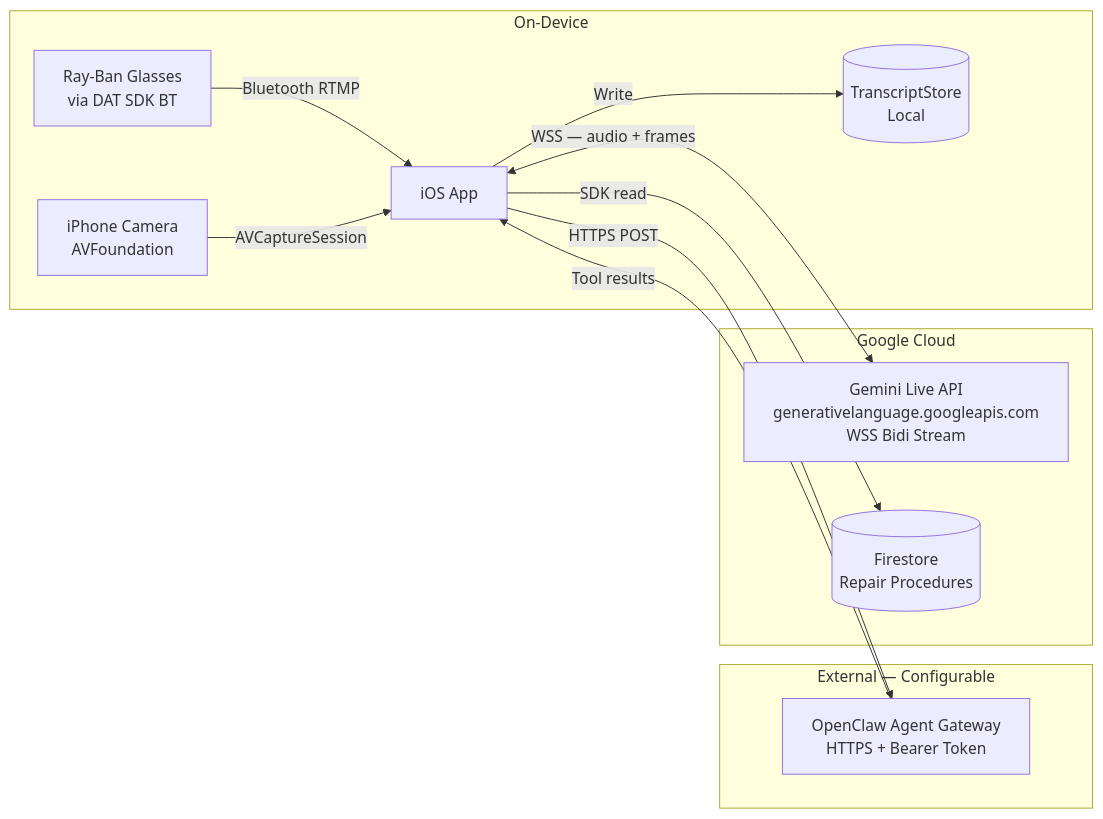
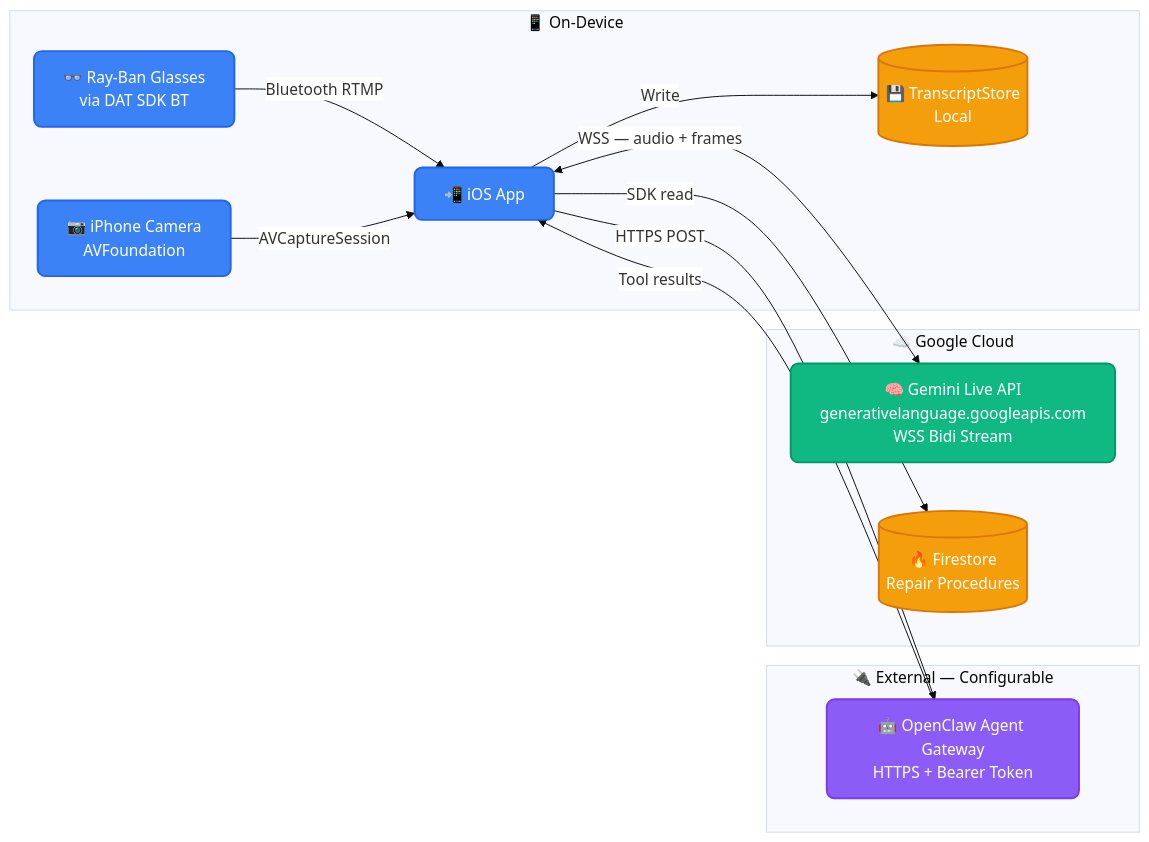
One commit to openclaw-agent-jb/RepairMate changed the third of 3 diagrams in docs/ARCHITECTURE.md. Above: the diagram before and after it, drawn with Mermaid. The commit also changed other lines of this file, not shown here.

Commit message:
docs: Enhance architecture diagrams with custom themes, node styling, and clearer labels for improved readability.

````diff
--- a/docs/ARCHITECTURE.md
+++ b/docs/ARCHITECTURE.md
@@ -99,26 +108,32 @@
 ```mermaid
+%%{init: {'theme': 'base', 'themeVariables': { 'fontFamily': 'sans-serif', 'edgeLabelBackground':'#ffffff'}}}%%
 flowchart LR
-    subgraph "On-Device"
-        IOS[iOS App]
-        GL[Ray-Ban Glasses<br/>via DAT SDK BT]
-        IP[iPhone Camera<br/>AVFoundation]
-        TS[(TranscriptStore<br/>Local)]
+    classDef deviceNode fill:#3b82f6,stroke:#2563eb,stroke-width:2px,color:#fff,rx:8px,ry:8px
+    classDef externalNode fill:#8b5cf6,stroke:#7c3aed,stroke-width:2px,color:#fff,rx:8px,ry:8px
+    classDef cloudNode fill:#10b981,stroke:#059669,stroke-width:2px,color:#fff,rx:8px,ry:8px
+    classDef dbNode fill:#f59e0b,stroke:#d97706,stroke-width:2px,color:#fff,rx:8px,ry:8px
+
+    subgraph OnDevice ["📱 On-Device"]
+        IOS["📲 iOS App"]:::deviceNode
+        GL["👓 Ray-Ban Glasses<br/>via DAT SDK BT"]:::deviceNode
+        IP["📷 iPhone Camera<br/>AVFoundation"]:::deviceNode
+        TS[("💾 TranscriptStore<br/>Local")]:::dbNode
     end
 
-    subgraph "External — Configurable"
-        OC[OpenClaw Agent Gateway<br/>HTTPS + Bearer Token]
+    subgraph External ["🔌 External — Configurable"]
+        OC["🤖 OpenClaw Agent Gateway<br/>HTTPS + Bearer Token"]:::externalNode
     end
 
-    subgraph "Google Cloud"
-        GEM[Gemini Live API<br/>generativelanguage.googleapis.com<br/>WSS Bidi Stream]
-        FS[(Firestore<br/>Repair Procedures)]
+    subgraph GCloud ["☁️ Google Cloud"]
+        GEM["🧠 Gemini Live API<br/>generativelanguage.googleapis.com<br/>WSS Bidi Stream"]:::cloudNode
+        FS[("🔥 Firestore<br/>Repair Procedures")]:::dbNode
     end
 
     GL -->|Bluetooth RTMP| IOS
     IP -->|AVCaptureSession| IOS
     IOS <-->|WSS — audio + frames| GEM
     IOS -->|HTTPS POST| OC
     OC -->|Tool results| IOS
     IOS -->|SDK read| FS
     IOS -->|Write| TS
 ```
````
